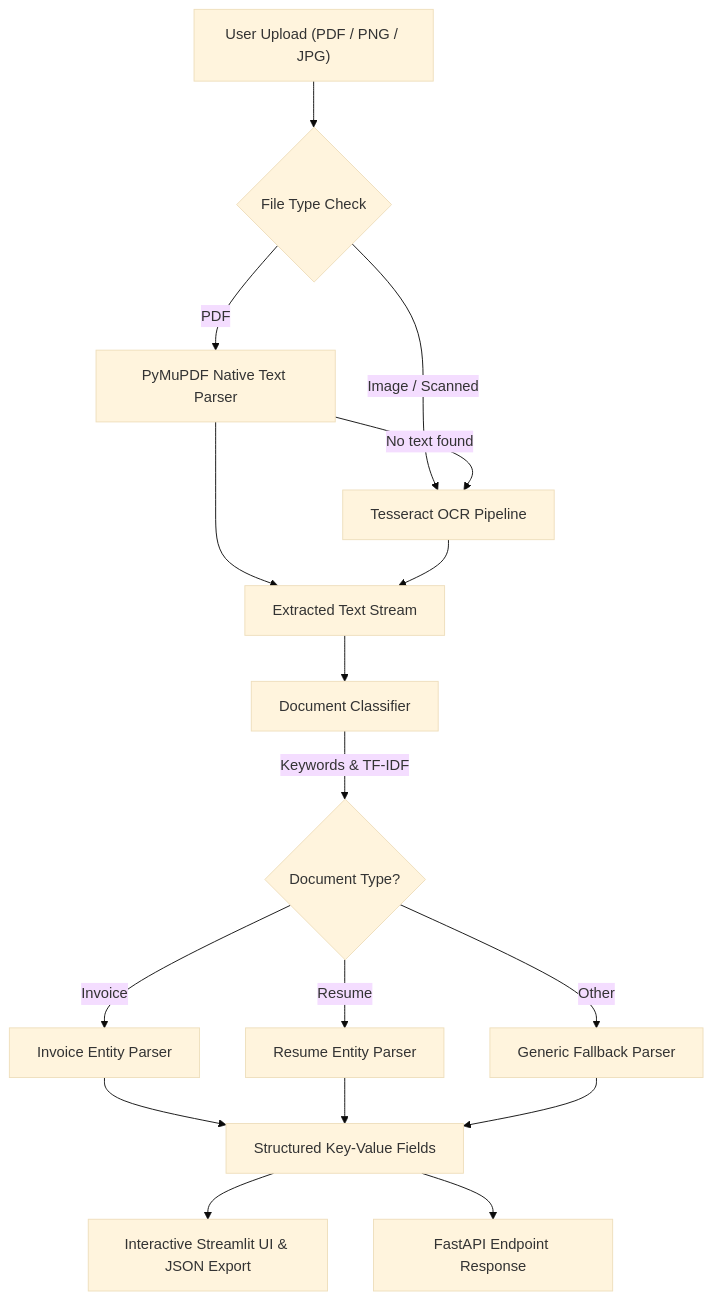
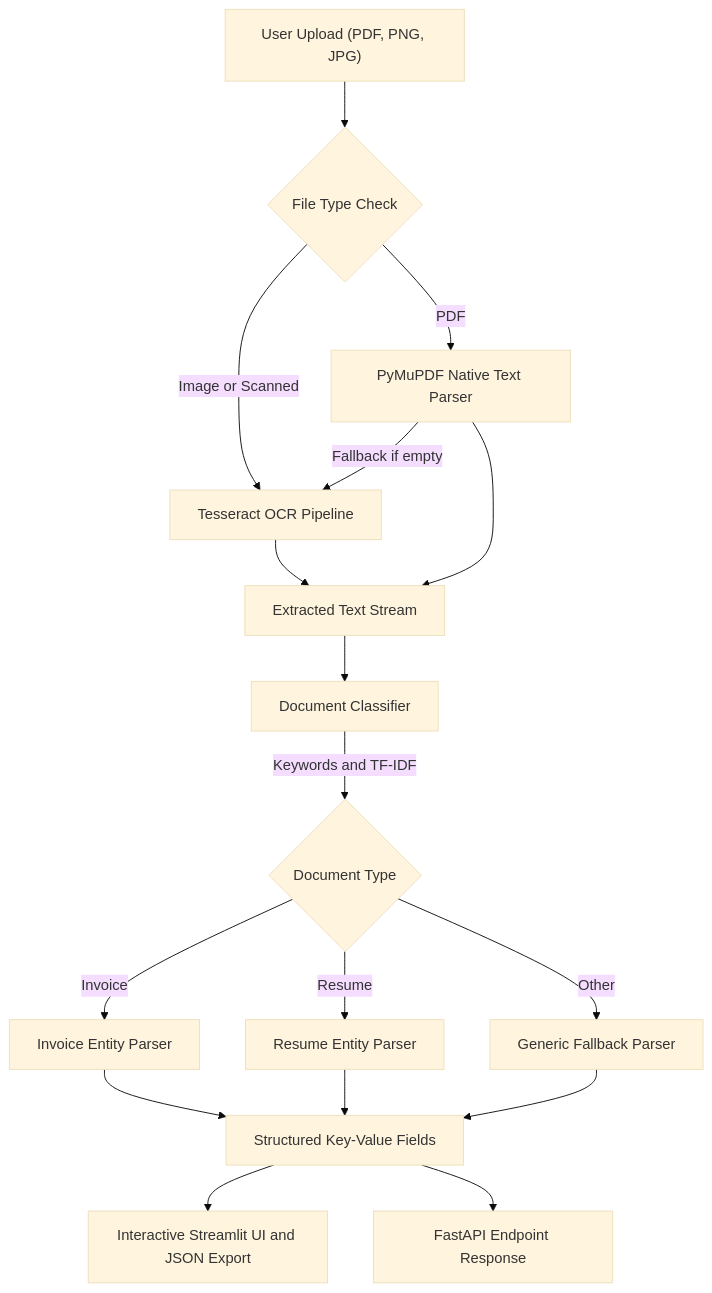
The diagram in week-1-internship/README.md (sohaib61595/zyro-aiml-internship), drawn with Mermaid (base theme) before and after one commit. The commit also changed 1 other file, not shown here.

Commit message:
fix(docs): resolve GitHub Mermaid diagram rendering error by removing problematic characters and overlapping edges

````diff
--- a/week-1-internship/README.md
+++ b/week-1-internship/README.md
@@ -29,19 +29,19 @@
 ```mermaid
 flowchart TD
-    A["User Upload (PDF / PNG / JPG)"] --> B{"File Type Check"}
+    A["User Upload (PDF, PNG, JPG)"] --> B{"File Type Check"}
     B -->|PDF| C["PyMuPDF Native Text Parser"]
-    B -->|Image / Scanned| D["Tesseract OCR Pipeline"]
-    C -->|No text found| D
-    C --> E["Extracted Text Stream"]
-    D --> E
+    B -->|Image or Scanned| D["Tesseract OCR Pipeline"]
+    C -->|Fallback if empty| D
+    D --> E["Extracted Text Stream"]
+    C --> E
     E --> F["Document Classifier"]
-    F -->|Keywords & TF-IDF| G{"Document Type?"}
+    F -->|Keywords and TF-IDF| G{"Document Type"}
     G -->|Invoice| H["Invoice Entity Parser"]
     G -->|Resume| I["Resume Entity Parser"]
     G -->|Other| J["Generic Fallback Parser"]
     H --> K["Structured Key-Value Fields"]
     I --> K
     J --> K
-    K --> L["Interactive Streamlit UI & JSON Export"]
+    K --> L["Interactive Streamlit UI and JSON Export"]
     K --> M["FastAPI Endpoint Response"]
 ```
````
